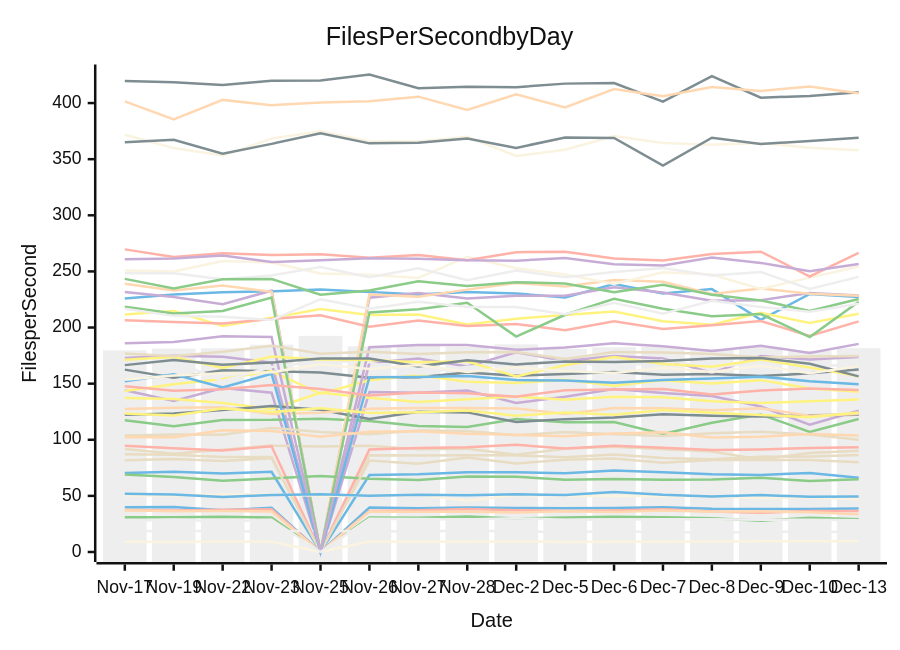
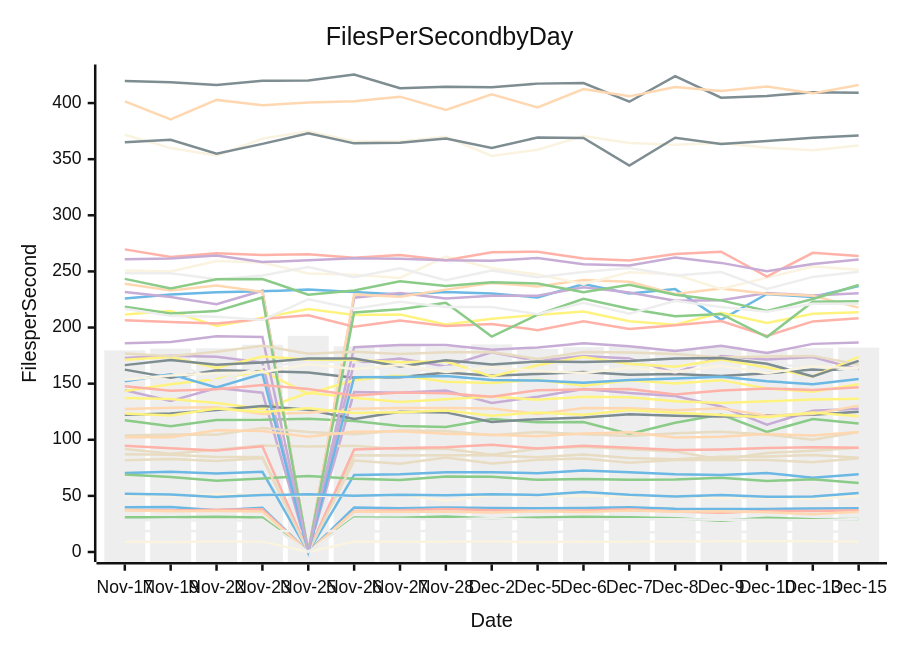
The diagram in perf-report.md (streetsidesoftware/cspell), drawn with Mermaid (neutral theme) before and after one commit. The commit also changed other lines of this file and 1 other file, not shown here.

````diff
--- a/perf-report.md
+++ b/perf-report.md
@@ -10,57 +10,57 @@
 ```mermaid
 xychart-beta
     title Files Per Second by Day
     y-axis Files per Second
-    x-axis Date [Nov-17, Nov-19, Nov-22, Nov-23, Nov-25, Nov-26, Nov-27, Nov-28, Dec-2, Dec-5, Dec-6, Dec-7, Dec-8, Dec-9, Dec-10, Dec-13]
-    bar [179.67, 181.22, 181.55, 184.70, 192.57, 183.27, 184.75, 182.79, 184.99, 180.86, 182.42, 182.83, 180.95, 182.95, 179.19, 181.65]
-    line [39.95, 40.00, 37.29, 39.41, 0.00, 39.61, 38.93, 39.59, 39.21, 38.95, 39.16, 39.98, 38.54, 38.36, 38.36, 38.81]
-    line [30.89, 30.94, 31.34, 30.76, 0.00, 30.81, 30.58, 31.64, 29.90, 30.63, 31.36, 30.89, 30.17, 27.90, 30.55, 29.22]
-    line [144.07, 134.61, 146.19, 141.96, 0.00, 142.52, 141.79, 143.85, 132.83, 138.36, 145.16, 141.72, 138.92, 129.58, 113.42, 125.88]
-    line [87.06, 86.68, 84.68, 84.66, 0.00, 86.16, 86.09, 86.12, 86.10, 84.45, 86.85, 83.80, 82.54, 84.79, 85.17, 86.33]
-    line [37.45, 37.05, 37.59, 38.10, 0.00, 36.55, 37.13, 38.36, 37.28, 36.55, 36.94, 38.11, 36.16, 34.90, 36.59, 36.61]
-    line [137.19, 136.33, 132.82, 127.42, 141.81, 137.38, 133.61, 136.04, 138.47, 135.71, 138.36, 137.92, 134.36, 132.66, 134.27, 135.78]
-    line [162.50, 155.26, 161.99, 161.00, 160.02, 155.33, 155.60, 159.85, 157.03, 158.70, 160.32, 157.97, 158.53, 156.72, 159.18, 162.67]
-    line [37.20, 36.20, 36.44, 36.12, 0.00, 36.09, 35.82, 35.94, 35.10, 36.40, 35.75, 36.91, 35.78, 36.33, 35.41, 33.56]
-    line [9.18, 8.84, 9.32, 9.24, 0.00, 9.27, 9.05, 9.13, 9.38, 8.86, 9.19, 9.24, 9.33, 9.47, 9.61, 9.47]
-    line [18.32, 18.95, 18.34, 18.44, 18.84, 18.37, 18.41, 18.93, 18.48, 17.91, 18.52, 17.91, 17.46, 17.89, 18.13, 17.78]
-    line [225.87, 229.42, 231.39, 232.22, 233.95, 231.55, 229.52, 231.73, 230.37, 226.75, 238.77, 230.39, 234.25, 206.87, 229.87, 227.19]
-    line [117.45, 112.12, 117.70, 117.75, 118.80, 116.72, 112.25, 111.37, 118.51, 115.50, 115.87, 105.20, 115.20, 122.48, 107.06, 118.54]
-    line [231.73, 227.11, 220.77, 232.83, 0.00, 226.61, 230.78, 225.94, 228.40, 228.42, 235.98, 231.28, 223.81, 224.38, 230.73, 228.56]
-    line [91.73, 87.45, 91.05, 94.79, 93.97, 94.67, 91.62, 92.04, 86.62, 91.97, 93.82, 91.60, 89.44, 82.46, 88.30, 90.18]
-    line [94.62, 92.44, 90.51, 94.24, 0.00, 91.28, 92.74, 93.28, 95.50, 92.21, 94.67, 92.84, 90.85, 91.43, 92.60, 93.37]
-    line [211.56, 214.70, 201.32, 208.63, 216.56, 211.21, 211.52, 202.80, 207.87, 211.25, 214.29, 205.55, 202.50, 213.14, 203.97, 212.22]
-    line [419.72, 418.60, 416.16, 419.91, 420.14, 425.45, 413.25, 414.49, 414.13, 417.32, 417.87, 401.19, 424.05, 404.78, 406.35, 409.54]
-    line [238.91, 233.06, 237.44, 231.81, 0.00, 229.54, 227.35, 233.78, 239.72, 236.67, 242.41, 240.69, 229.87, 234.86, 230.17, 228.31]
-    line [250.79, 249.89, 259.20, 257.89, 248.21, 247.03, 244.22, 263.12, 252.89, 247.30, 238.91, 249.28, 247.23, 234.36, 244.44, 254.37]
-    line [248.32, 248.40, 243.10, 246.46, 253.84, 244.86, 252.77, 242.22, 250.75, 244.77, 249.57, 253.00, 246.33, 249.46, 234.43, 245.12]
-    line [70.32, 71.50, 69.84, 71.46, 0.00, 68.63, 69.18, 70.98, 71.07, 70.27, 72.65, 71.06, 69.32, 68.69, 70.43, 66.11]
-    line [68.98, 66.79, 63.49, 65.54, 67.63, 65.16, 64.17, 67.20, 67.10, 64.34, 65.01, 64.46, 64.51, 66.15, 63.18, 64.91]
-    line [172.86, 174.82, 173.87, 168.75, 0.00, 168.42, 172.41, 165.34, 178.00, 170.24, 174.62, 172.41, 159.51, 174.62, 171.51, 173.65]
-    line [81.67, 82.81, 81.19, 83.62, 0.00, 81.43, 78.64, 84.26, 78.88, 82.13, 83.39, 79.45, 81.95, 82.06, 81.96, 79.96]
-    line [206.40, 204.90, 203.63, 207.69, 210.97, 200.63, 206.29, 201.28, 203.16, 197.69, 205.56, 198.75, 201.98, 205.78, 192.58, 205.45]
-    line [143.43, 149.38, 154.11, 161.15, 140.96, 153.09, 157.58, 151.62, 150.61, 153.46, 148.08, 152.95, 150.14, 153.13, 145.78, 142.78]
-    line [122.33, 123.30, 126.42, 130.12, 126.69, 118.47, 125.05, 124.39, 115.88, 118.39, 119.81, 122.77, 121.45, 120.76, 121.79, 122.20]
-    line [127.39, 128.53, 129.02, 122.85, 124.15, 127.61, 128.38, 128.27, 127.96, 123.07, 128.36, 127.97, 126.37, 128.11, 121.50, 122.96]
-    line [371.79, 359.89, 353.22, 368.32, 374.93, 365.77, 365.67, 369.95, 352.91, 358.41, 370.56, 364.48, 362.78, 364.44, 360.18, 358.05]
-    line [168.51, 170.43, 152.49, 164.76, 169.85, 169.02, 158.91, 164.95, 167.24, 171.12, 163.98, 170.66, 165.03, 168.12, 167.40, 165.15]
-    line [152.05, 158.28, 146.52, 158.85, 0.00, 155.81, 155.95, 156.73, 153.23, 152.74, 150.88, 153.33, 154.58, 156.25, 152.15, 149.54]
-    line [218.60, 212.59, 214.66, 226.79, 0.00, 213.37, 216.21, 222.03, 191.91, 211.40, 225.62, 216.82, 210.15, 212.06, 191.55, 223.01]
-    line [186.00, 187.01, 192.19, 191.67, 0.00, 182.52, 184.50, 184.37, 180.13, 182.27, 185.97, 183.39, 179.18, 183.86, 177.29, 185.44]
-    line [103.87, 104.59, 104.39, 110.58, 106.99, 105.01, 108.35, 107.81, 104.02, 106.94, 104.99, 103.46, 105.91, 107.21, 104.66, 100.11]
-    line [269.63, 262.78, 266.27, 264.63, 265.39, 262.12, 264.70, 259.96, 267.12, 267.54, 261.60, 259.75, 265.50, 267.60, 245.47, 266.55]
-    line [171.35, 173.67, 163.99, 174.13, 171.44, 171.10, 169.17, 169.92, 156.42, 166.33, 173.70, 167.47, 165.08, 171.54, 164.38, 156.51]
-    line [365.05, 367.22, 354.80, 363.64, 373.17, 364.09, 364.55, 368.33, 360.08, 369.35, 368.90, 344.39, 369.08, 363.46, 366.29, 369.00]
-    line [102.15, 102.24, 108.41, 107.84, 102.72, 107.24, 107.62, 105.35, 104.37, 103.06, 105.64, 106.80, 101.95, 102.69, 105.10, 103.83]
-    line [50.42, 50.32, 51.47, 51.26, 50.21, 50.12, 50.94, 45.60, 50.75, 50.03, 49.80, 49.98, 49.59, 47.97, 48.84, 47.30]
-    line [27.61, 29.00, 27.12, 28.69, 0.00, 29.62, 29.42, 28.97, 30.07, 28.83, 29.04, 29.09, 29.10, 28.75, 28.65, 28.35]
-    line [51.87, 51.27, 48.95, 50.74, 51.36, 50.08, 50.94, 50.51, 51.36, 50.85, 53.51, 50.97, 49.51, 50.73, 49.15, 49.54]
-    line [243.36, 234.75, 243.01, 243.28, 229.25, 233.06, 241.24, 236.91, 240.36, 239.27, 231.52, 238.08, 229.24, 224.19, 214.79, 225.36]
-    line [260.78, 261.46, 264.14, 258.29, 259.88, 261.65, 261.27, 259.85, 259.59, 261.91, 256.38, 255.24, 262.31, 257.60, 250.13, 256.58]
-    line [176.80, 174.52, 178.44, 183.84, 176.75, 178.41, 176.49, 178.04, 178.10, 172.07, 178.26, 177.85, 176.41, 173.41, 174.24, 174.74]
-    line [147.67, 143.64, 145.07, 148.78, 145.20, 139.52, 142.17, 141.34, 138.40, 144.20, 144.71, 145.14, 140.38, 143.82, 145.78, 144.45]
-    line [123.48, 121.57, 127.94, 124.68, 128.18, 123.81, 124.58, 126.05, 121.44, 124.27, 122.27, 126.51, 124.16, 122.14, 120.17, 124.20]
-    line [166.50, 171.04, 166.81, 168.79, 172.43, 172.30, 165.40, 170.85, 167.09, 169.78, 169.21, 170.29, 172.44, 172.82, 167.78, 156.48]
-    line [401.52, 385.51, 402.83, 398.10, 400.47, 401.59, 405.72, 393.85, 407.78, 396.11, 412.42, 405.98, 414.20, 410.80, 414.80, 408.65]
-    line [153.46, 157.33, 159.29, 160.15, 167.27, 163.00, 166.53, 160.28, 164.60, 161.29, 159.50, 164.08, 160.40, 166.00, 159.37, 165.42]
-    line [216.65, 210.39, 209.57, 206.62, 225.23, 216.74, 223.01, 218.30, 218.24, 211.89, 221.99, 212.41, 223.76, 218.34, 214.11, 221.23]
+    x-axis Date [Nov-17, Nov-19, Nov-22, Nov-23, Nov-25, Nov-26, Nov-27, Nov-28, Dec-2, Dec-5, Dec-6, Dec-7, Dec-8, Dec-9, Dec-10, Dec-13, Dec-15]
+    bar [179.67, 181.22, 181.55, 184.70, 192.57, 183.27, 184.75, 182.79, 184.99, 180.86, 182.42, 182.83, 180.95, 182.95, 179.19, 181.65, 182.15]
+    line [39.95, 40.00, 37.29, 39.41, 0.00, 39.61, 38.93, 39.59, 39.21, 38.95, 39.16, 39.98, 38.54, 38.36, 38.36, 38.81, 39.04]
+    line [30.89, 30.94, 31.34, 30.76, 0.00, 30.81, 30.58, 31.64, 29.90, 30.63, 31.36, 30.89, 30.17, 27.90, 30.55, 29.22, 29.40]
+    line [144.07, 134.61, 146.19, 141.96, 0.00, 142.52, 141.79, 143.85, 132.83, 138.36, 145.16, 141.72, 138.92, 129.58, 113.42, 125.88, 127.69]
+    line [87.06, 86.68, 84.68, 84.66, 0.00, 86.16, 86.09, 86.12, 86.10, 84.45, 86.85, 83.80, 82.54, 84.79, 85.17, 86.33, 84.01]
+    line [37.45, 37.05, 37.59, 38.10, 0.00, 36.55, 37.13, 38.36, 37.28, 36.55, 36.94, 38.11, 36.16, 34.90, 36.59, 36.61, 37.13]
+    line [137.19, 136.33, 132.82, 127.42, 141.81, 137.38, 133.61, 136.04, 138.47, 135.71, 138.36, 137.92, 134.36, 132.66, 134.27, 135.78, 136.55]
+    line [162.50, 155.26, 161.99, 161.00, 160.02, 155.33, 155.60, 159.85, 157.03, 158.70, 160.32, 157.97, 158.53, 156.72, 159.18, 162.67, 162.36]
+    line [37.20, 36.20, 36.44, 36.12, 0.00, 36.09, 35.82, 35.94, 35.10, 36.40, 35.75, 36.91, 35.78, 36.33, 35.41, 33.56, 35.96]
+    line [9.18, 8.84, 9.32, 9.24, 0.00, 9.27, 9.05, 9.13, 9.38, 8.86, 9.19, 9.24, 9.33, 9.47, 9.61, 9.47, 9.07]
+    line [18.32, 18.95, 18.34, 18.44, 18.84, 18.37, 18.41, 18.93, 18.48, 17.91, 18.52, 17.91, 17.46, 17.89, 18.13, 17.78, 18.51]
+    line [225.87, 229.42, 231.39, 232.22, 233.95, 231.55, 229.52, 231.73, 230.37, 226.75, 238.77, 230.39, 234.25, 206.87, 229.87, 227.19, 236.89]
+    line [117.45, 112.12, 117.70, 117.75, 118.80, 116.72, 112.25, 111.37, 118.51, 115.50, 115.87, 105.20, 115.20, 122.48, 107.06, 118.54, 114.39]
+    line [231.73, 227.11, 220.77, 232.83, 0.00, 226.61, 230.78, 225.94, 228.40, 228.42, 235.98, 231.28, 223.81, 224.38, 230.73, 228.56, 230.65]
+    line [91.73, 87.45, 91.05, 94.79, 93.97, 94.67, 91.62, 92.04, 86.62, 91.97, 93.82, 91.60, 89.44, 82.46, 88.30, 90.18, 92.94]
+    line [94.62, 92.44, 90.51, 94.24, 0.00, 91.28, 92.74, 93.28, 95.50, 92.21, 94.67, 92.84, 90.85, 91.43, 92.60, 93.37, 92.91]
+    line [211.56, 214.70, 201.32, 208.63, 216.56, 211.21, 211.52, 202.80, 207.87, 211.25, 214.29, 205.55, 202.50, 213.14, 203.97, 212.22, 213.51]
+    line [419.72, 418.60, 416.16, 419.91, 420.14, 425.45, 413.25, 414.49, 414.13, 417.32, 417.87, 401.19, 424.05, 404.78, 406.35, 409.54, 409.23]
+    line [238.91, 233.06, 237.44, 231.81, 0.00, 229.54, 227.35, 233.78, 239.72, 236.67, 242.41, 240.69, 229.87, 234.86, 230.17, 228.31, 217.77]
+    line [250.79, 249.89, 259.20, 257.89, 248.21, 247.03, 244.22, 263.12, 252.89, 247.30, 238.91, 249.28, 247.23, 234.36, 244.44, 254.37, 251.58]
+    line [248.32, 248.40, 243.10, 246.46, 253.84, 244.86, 252.77, 242.22, 250.75, 244.77, 249.57, 253.00, 246.33, 249.46, 234.43, 245.12, 249.72]
+    line [70.32, 71.50, 69.84, 71.46, 0.00, 68.63, 69.18, 70.98, 71.07, 70.27, 72.65, 71.06, 69.32, 68.69, 70.43, 66.11, 69.24]
+    line [68.98, 66.79, 63.49, 65.54, 67.63, 65.16, 64.17, 67.20, 67.10, 64.34, 65.01, 64.46, 64.51, 66.15, 63.18, 64.91, 61.41]
+    line [172.86, 174.82, 173.87, 168.75, 0.00, 168.42, 172.41, 165.34, 178.00, 170.24, 174.62, 172.41, 159.51, 174.62, 171.51, 173.65, 162.64]
+    line [81.67, 82.81, 81.19, 83.62, 0.00, 81.43, 78.64, 84.26, 78.88, 82.13, 83.39, 79.45, 81.95, 82.06, 81.96, 79.96, 83.43]
+    line [206.40, 204.90, 203.63, 207.69, 210.97, 200.63, 206.29, 201.28, 203.16, 197.69, 205.56, 198.75, 201.98, 205.78, 192.58, 205.45, 208.31]
+    line [143.43, 149.38, 154.11, 161.15, 140.96, 153.09, 157.58, 151.62, 150.61, 153.46, 148.08, 152.95, 150.14, 153.13, 145.78, 142.78, 149.46]
+    line [122.33, 123.30, 126.42, 130.12, 126.69, 118.47, 125.05, 124.39, 115.88, 118.39, 119.81, 122.77, 121.45, 120.76, 121.79, 122.20, 125.04]
+    line [127.39, 128.53, 129.02, 122.85, 124.15, 127.61, 128.38, 128.27, 127.96, 123.07, 128.36, 127.97, 126.37, 128.11, 121.50, 122.96, 130.41]
+    line [371.79, 359.89, 353.22, 368.32, 374.93, 365.77, 365.67, 369.95, 352.91, 358.41, 370.56, 364.48, 362.78, 364.44, 360.18, 358.05, 362.28]
+    line [168.51, 170.43, 152.49, 164.76, 169.85, 169.02, 158.91, 164.95, 167.24, 171.12, 163.98, 170.66, 165.03, 168.12, 167.40, 165.15, 161.26]
+    line [152.05, 158.28, 146.52, 158.85, 0.00, 155.81, 155.95, 156.73, 153.23, 152.74, 150.88, 153.33, 154.58, 156.25, 152.15, 149.54, 154.16]
+    line [218.60, 212.59, 214.66, 226.79, 0.00, 213.37, 216.21, 222.03, 191.91, 211.40, 225.62, 216.82, 210.15, 212.06, 191.55, 223.01, 223.45]
+    line [186.00, 187.01, 192.19, 191.67, 0.00, 182.52, 184.50, 184.37, 180.13, 182.27, 185.97, 183.39, 179.18, 183.86, 177.29, 185.44, 186.57]
+    line [103.87, 104.59, 104.39, 110.58, 106.99, 105.01, 108.35, 107.81, 104.02, 106.94, 104.99, 103.46, 105.91, 107.21, 104.66, 100.11, 107.00]
+    line [269.63, 262.78, 266.27, 264.63, 265.39, 262.12, 264.70, 259.96, 267.12, 267.54, 261.60, 259.75, 265.50, 267.60, 245.47, 266.55, 263.73]
+    line [171.35, 173.67, 163.99, 174.13, 171.44, 171.10, 169.17, 169.92, 156.42, 166.33, 173.70, 167.47, 165.08, 171.54, 164.38, 156.51, 173.77]
+    line [365.05, 367.22, 354.80, 363.64, 373.17, 364.09, 364.55, 368.33, 360.08, 369.35, 368.90, 344.39, 369.08, 363.46, 366.29, 369.00, 371.06]
+    line [102.15, 102.24, 108.41, 107.84, 102.72, 107.24, 107.62, 105.35, 104.37, 103.06, 105.64, 106.80, 101.95, 102.69, 105.10, 103.83, 106.86]
+    line [50.42, 50.32, 51.47, 51.26, 50.21, 50.12, 50.94, 45.60, 50.75, 50.03, 49.80, 49.98, 49.59, 47.97, 48.84, 47.30, 49.86]
+    line [27.61, 29.00, 27.12, 28.69, 0.00, 29.62, 29.42, 28.97, 30.07, 28.83, 29.04, 29.09, 29.10, 28.75, 28.65, 28.35, 29.34]
+    line [51.87, 51.27, 48.95, 50.74, 51.36, 50.08, 50.94, 50.51, 51.36, 50.85, 53.51, 50.97, 49.51, 50.73, 49.15, 49.54, 52.61]
+    line [243.36, 234.75, 243.01, 243.28, 229.25, 233.06, 241.24, 236.91, 240.36, 239.27, 231.52, 238.08, 229.24, 224.19, 214.79, 225.36, 237.95]
+    line [260.78, 261.46, 264.14, 258.29, 259.88, 261.65, 261.27, 259.85, 259.59, 261.91, 256.38, 255.24, 262.31, 257.60, 250.13, 256.58, 260.67]
+    line [176.80, 174.52, 178.44, 183.84, 176.75, 178.41, 176.49, 178.04, 178.10, 172.07, 178.26, 177.85, 176.41, 173.41, 174.24, 174.74, 167.10]
+    line [147.67, 143.64, 145.07, 148.78, 145.20, 139.52, 142.17, 141.34, 138.40, 144.20, 144.71, 145.14, 140.38, 143.82, 145.78, 144.45, 146.74]
+    line [123.48, 121.57, 127.94, 124.68, 128.18, 123.81, 124.58, 126.05, 121.44, 124.27, 122.27, 126.51, 124.16, 122.14, 120.17, 124.20, 120.85]
+    line [166.50, 171.04, 166.81, 168.79, 172.43, 172.30, 165.40, 170.85, 167.09, 169.78, 169.21, 170.29, 172.44, 172.82, 167.78, 156.48, 170.29]
+    line [401.52, 385.51, 402.83, 398.10, 400.47, 401.59, 405.72, 393.85, 407.78, 396.11, 412.42, 405.98, 414.20, 410.80, 414.80, 408.65, 416.15]
+    line [153.46, 157.33, 159.29, 160.15, 167.27, 163.00, 166.53, 160.28, 164.60, 161.29, 159.50, 164.08, 160.40, 166.00, 159.37, 165.42, 163.59]
+    line [216.65, 210.39, 209.57, 206.62, 225.23, 216.74, 223.01, 218.30, 218.24, 211.89, 221.99, 212.41, 223.76, 218.34, 214.11, 221.23, 221.30]
 ```
````
